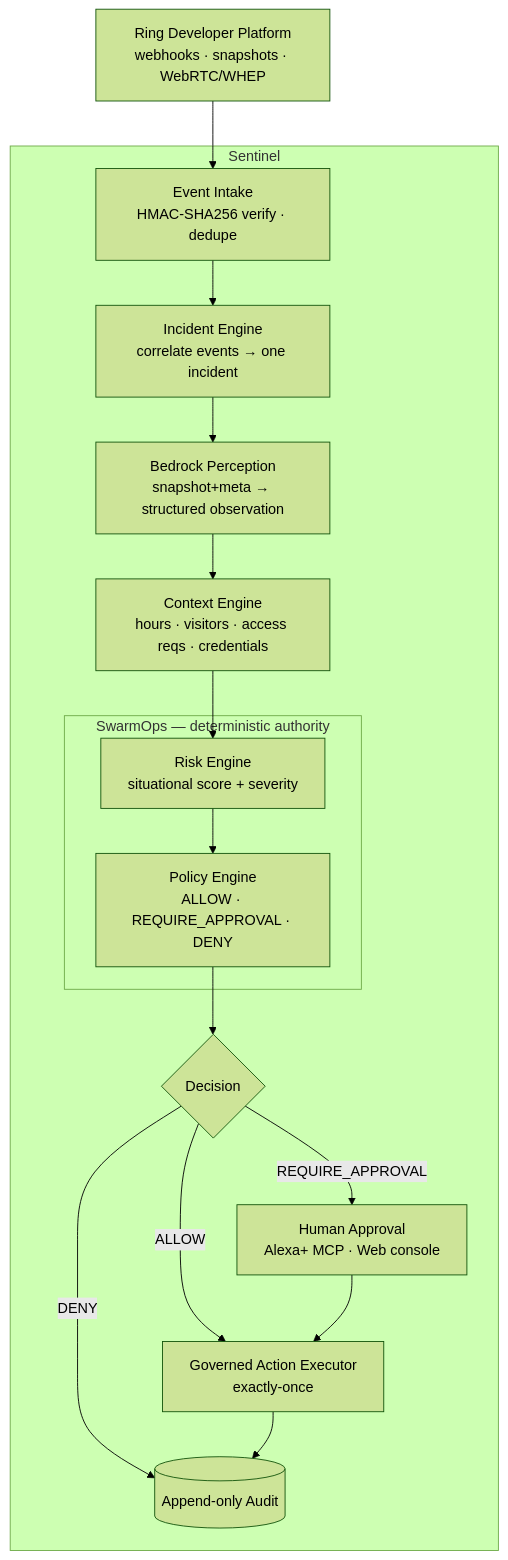
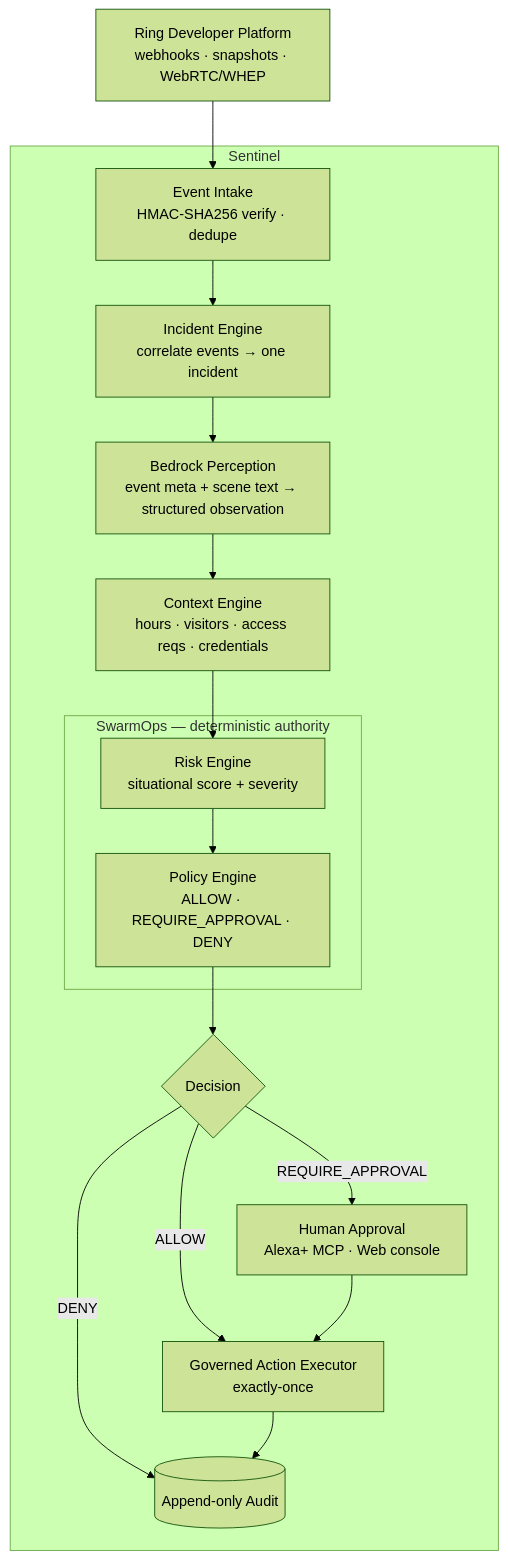
One commit to datAgent77/swarmops-SENTINEL-AWS changed the diagram in README.md. Above: the diagram before and after it, drawn with Mermaid (forest theme). The commit also changed other lines of this file and 4 other files, not shown here.

````diff
--- a/README.md
+++ b/README.md
@@ -76,24 +86,24 @@
 ```mermaid
 flowchart TB
     RING["Ring Developer Platform<br/>webhooks · snapshots · WebRTC/WHEP"]
     subgraph SENTINEL["Sentinel"]
       INTAKE["Event Intake<br/>HMAC-SHA256 verify · dedupe"]
       INC["Incident Engine<br/>correlate events → one incident"]
-      PERC["Bedrock Perception<br/>snapshot+meta → structured observation"]
+      PERC["Bedrock Perception<br/>event meta + scene text → structured observation"]
       CTX["Context Engine<br/>hours · visitors · access reqs · credentials"]
       subgraph AUTH["SwarmOps — deterministic authority"]
         RISK["Risk Engine<br/>situational score + severity"]
         POL["Policy Engine<br/>ALLOW · REQUIRE_APPROVAL · DENY"]
       end
       DECIDE{"Decision"}
       HUM["Human Approval<br/>Alexa+ MCP · Web console"]
       EXE["Governed Action Executor<br/>exactly-once"]
       AUD[("Append-only Audit")]
     end
 
     RING --> INTAKE --> INC --> PERC --> CTX --> RISK --> POL --> DECIDE
     DECIDE -- ALLOW --> EXE
     DECIDE -- DENY --> AUD
     DECIDE -- REQUIRE_APPROVAL --> HUM --> EXE
     EXE --> AUD
 ```
````
